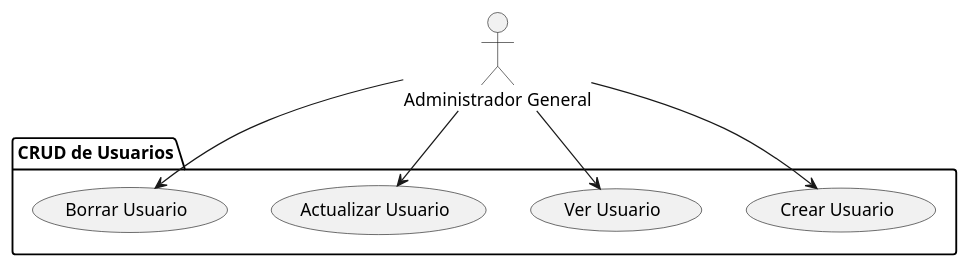
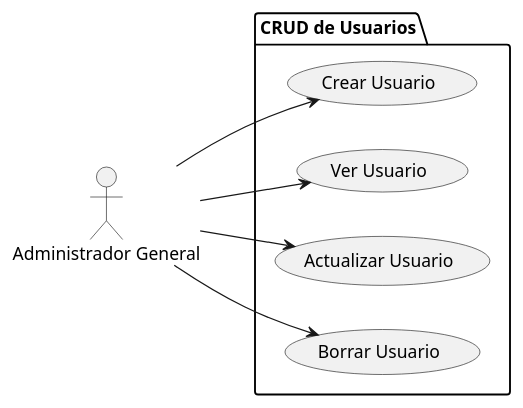
One commit to mmasias/24-25-IdSw1-SDR changed the diagram in docs/casosDeUso/diagramaCasosDeUso/administradorGeneral/manejoUsuario/manejoUsuario.puml. Above: the diagram before and after it, drawn with PlantUML. The commit also changed 6 other files, not shown here.

```diff
--- a/docs/casosDeUso/diagramaCasosDeUso/administradorGeneral/manejoUsuario/manejoUsuario.puml
+++ b/docs/casosDeUso/diagramaCasosDeUso/administradorGeneral/manejoUsuario/manejoUsuario.puml
@@ -1,15 +1,16 @@
-@startuml manejoUsuario
+@startuml ManejoUsuario
+left to right direction
 actor "Administrador General" as AdminGeneral
 
 package "CRUD de Usuarios" {
     usecase "Crear Usuario" as CU1
     usecase "Ver Usuario" as CU2
     usecase "Actualizar Usuario" as CU3
     usecase "Borrar Usuario" as CU4
 }
 
-AdminGeneral -down-> CU1
-AdminGeneral -down-> CU2
-AdminGeneral -down-> CU3
-AdminGeneral -down-> CU4
+AdminGeneral --> CU1
+AdminGeneral --> CU2
+AdminGeneral --> CU3
+AdminGeneral --> CU4
 @enduml
```
